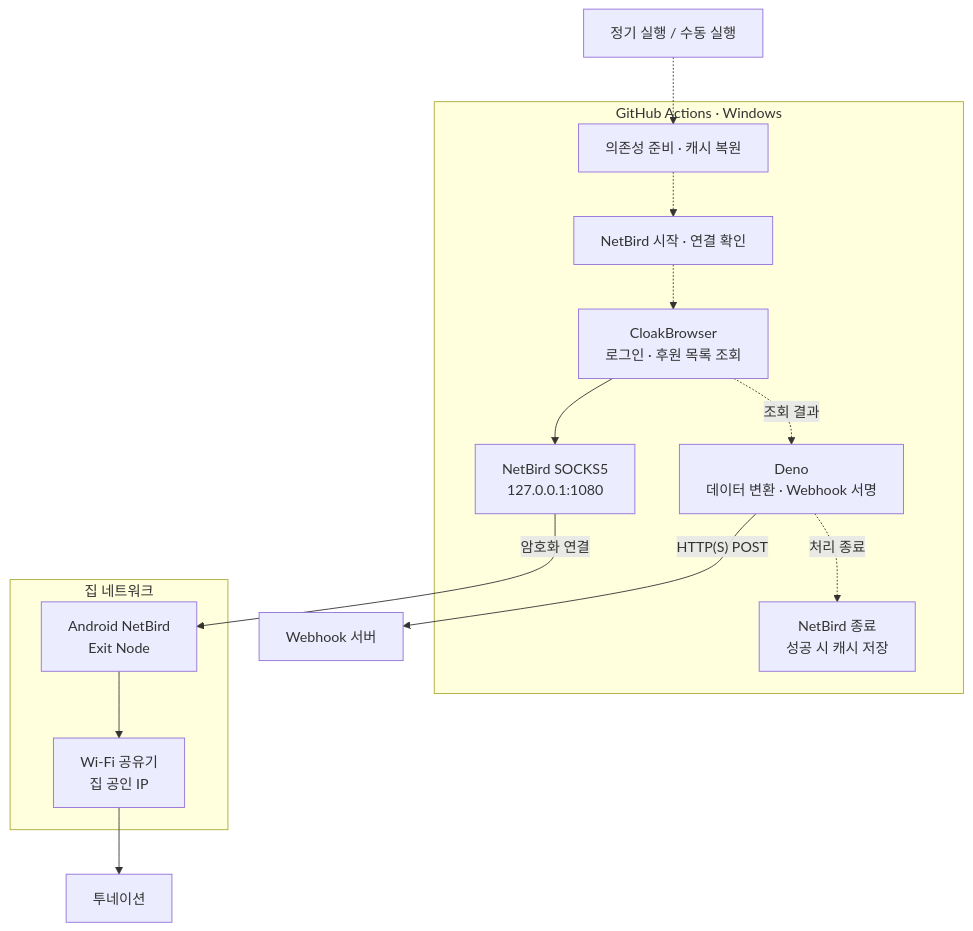
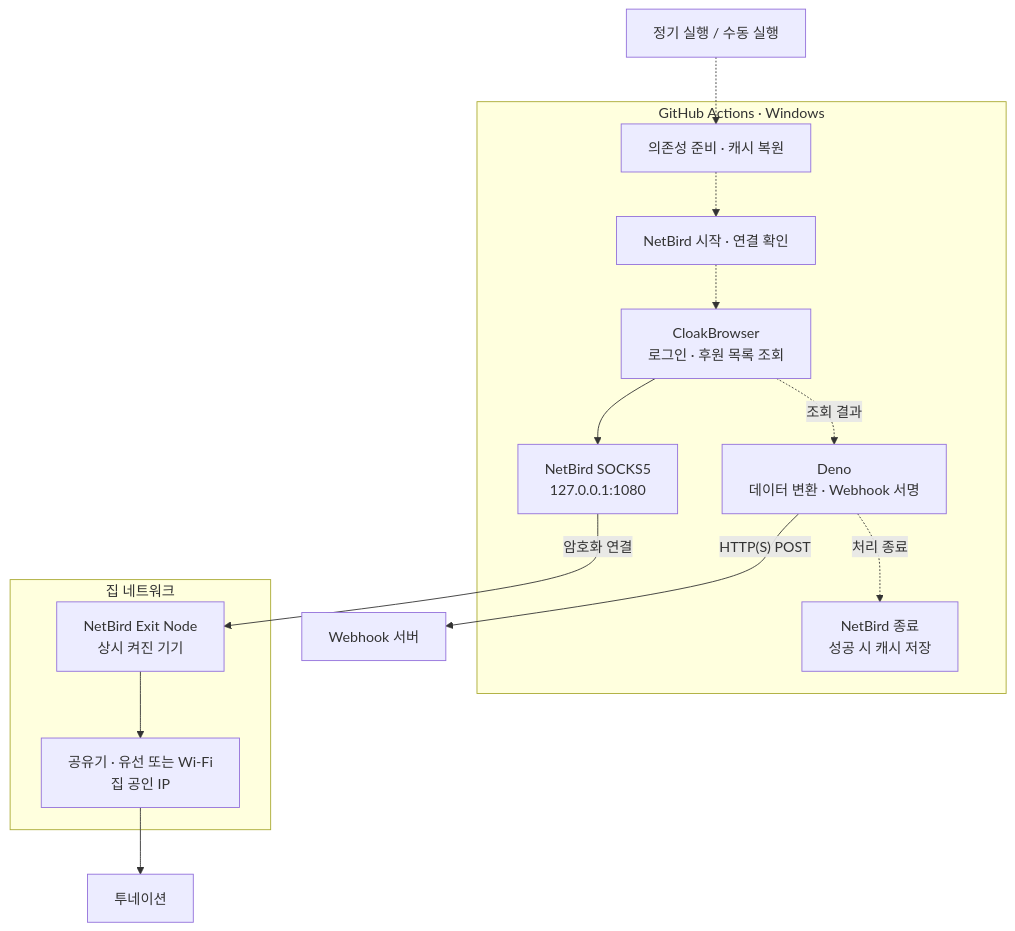
The diagram in README.md (2skydev/toonation-donation-list-cron), drawn with Mermaid before and after one commit. The commit also changed other lines of this file, not shown here.

````diff
--- a/README.md
+++ b/README.md
@@ -13,30 +13,30 @@
 ```mermaid
 flowchart TB
     trigger["정기 실행 / 수동 실행"]
 
     subgraph runner["GitHub Actions · Windows"]
         prepare["의존성 준비 · 캐시 복원"]
         start["NetBird 시작 · 연결 확인"]
         browser["CloakBrowser<br/>로그인 · 후원 목록 조회"]
         send["Deno<br/>데이터 변환 · Webhook 서명"]
         finish["NetBird 종료<br/>성공 시 캐시 저장"]
         proxy["NetBird SOCKS5<br/>127.0.0.1:1080"]
 
         prepare -.-> start
         start -.-> browser
         browser -. "조회 결과" .-> send
         send -. "처리 종료" .-> finish
         browser --> proxy
     end
 
     subgraph home["집 네트워크"]
-        android["Android NetBird<br/>Exit Node"]
-        wifi["Wi-Fi 공유기<br/>집 공인 IP"]
-        android --> wifi
+        exitNode["NetBird Exit Node<br/>상시 켜진 기기"]
+        router["공유기 · 유선 또는 Wi-Fi<br/>집 공인 IP"]
+        exitNode --> router
     end
 
     trigger -.-> prepare
-    proxy -->|"암호화 연결"| android
-    wifi --> toon["투네이션"]
+    proxy -->|"암호화 연결"| exitNode
+    router --> toon["투네이션"]
     send -->|"HTTP(S) POST"| webhook["Webhook 서버"]
 ```
````
